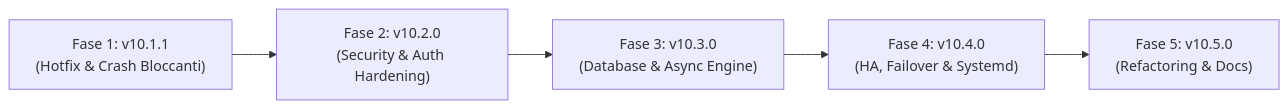
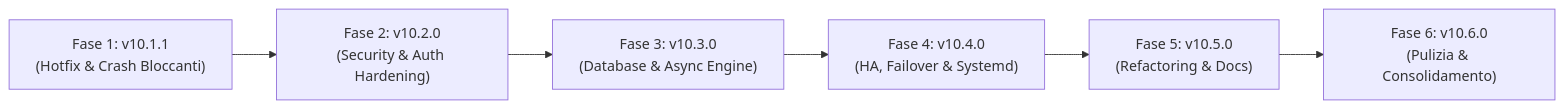
One commit to mauromarzocca/NetworkAllarm changed the diagram in audit_10.md. Above: the diagram before and after it, drawn with Mermaid. The commit also changed other lines of this file and 15 other files, not shown here.

Commit message:
refactor(cleanup): completata Fase 6 (v10.6.0) per pulizia repository e consolidamento script

````diff
--- a/audit_10.md
+++ b/audit_10.md
@@ -267,7 +267,8 @@
 ```mermaid
 flowchart LR
     R1["Fase 1: v10.1.1<br/>(Hotfix & Crash Bloccanti)"] --> R2["Fase 2: v10.2.0<br/>(Security & Auth Hardening)"]
     R2 --> R3["Fase 3: v10.3.0<br/>(Database & Async Engine)"]
     R3 --> R4["Fase 4: v10.4.0<br/>(HA, Failover & Systemd)"]
     R4 --> R5["Fase 5: v10.5.0<br/>(Refactoring & Docs)"]
+    R5 --> R6["Fase 6: v10.6.0<br/>(Pulizia & Consolidamento)"]
 ```
````
